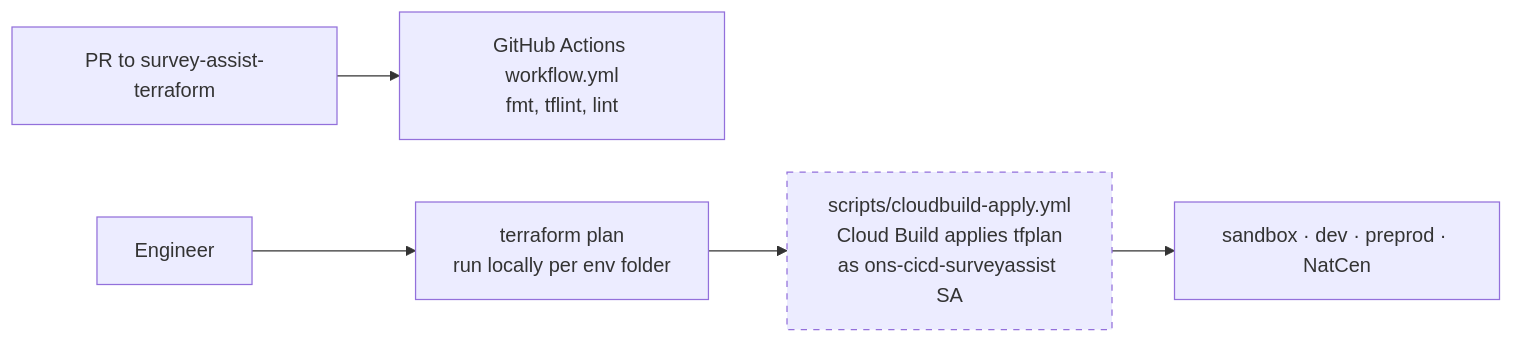
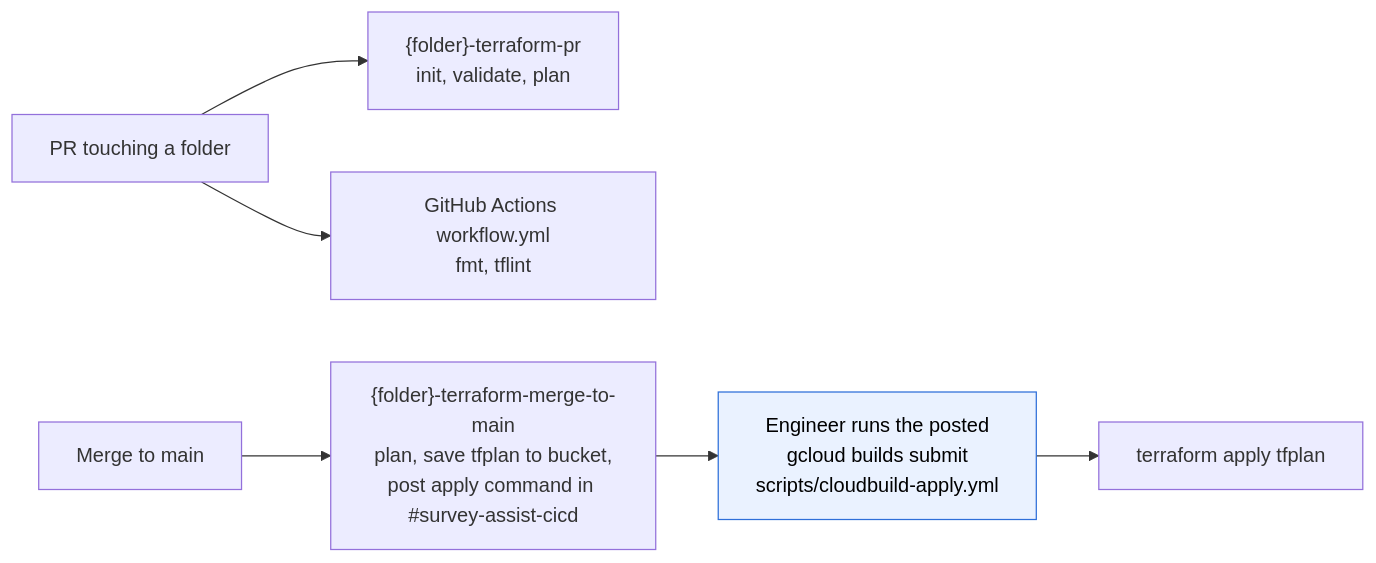
The sixth of 7 diagrams in my-notes/survey-assist-diagrams.md (joebadmus/gpt-clone), drawn with Mermaid before and after one commit. The commit also changed other lines of this file, not shown here.

````diff
--- a/my-notes/survey-assist-diagrams.md
+++ b/my-notes/survey-assist-diagrams.md
@@ -197,9 +259,12 @@
 ```mermaid
 flowchart LR
-    classDef unknown stroke-dasharray: 5 5
+    classDef done fill:#e3f6e8,stroke:#2e8b57,color:#000
+    classDef todo fill:#fde2e2,stroke:#c0392b,color:#000
+    classDef manual fill:#eaf2ff,stroke:#2e6fd9,color:#000
 
-    PR["PR to survey-assist-terraform"] --> WF["GitHub Actions workflow.yml<br/>fmt, tflint, lint"]
-    ENG["Engineer"] --> PLAN["terraform plan<br/>run locally per env folder"]
-    PLAN --> APPLY["scripts/cloudbuild-apply.yml<br/>Cloud Build applies tfplan<br/>as ons-cicd-surveyassist SA"]:::unknown
-    APPLY --> ENVS["sandbox · dev · preprod · NatCen"]
+    PR["PR touching a folder"] --> PRT["{folder}-terraform-pr<br/>init, validate, plan"]
+    PR --> WF["GitHub Actions workflow.yml<br/>fmt, tflint"]
+    MERGE["Merge to main"] --> MT["{folder}-terraform-merge-to-main<br/>plan, save tfplan to bucket,<br/>post apply command in #survey-assist-cicd"]
+    MT --> SLACK["Engineer runs the posted<br/>gcloud builds submit<br/>scripts/cloudbuild-apply.yml"]:::manual
+    SLACK --> APPLY["terraform apply tfplan"]
 ```
````
